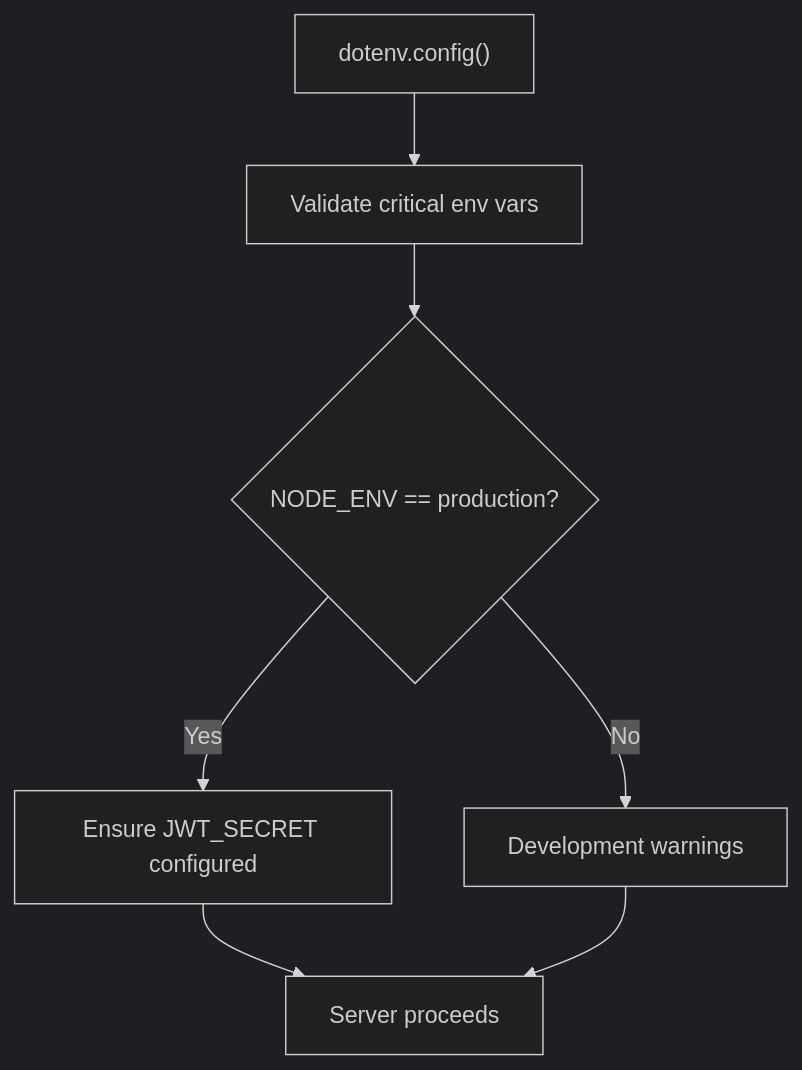
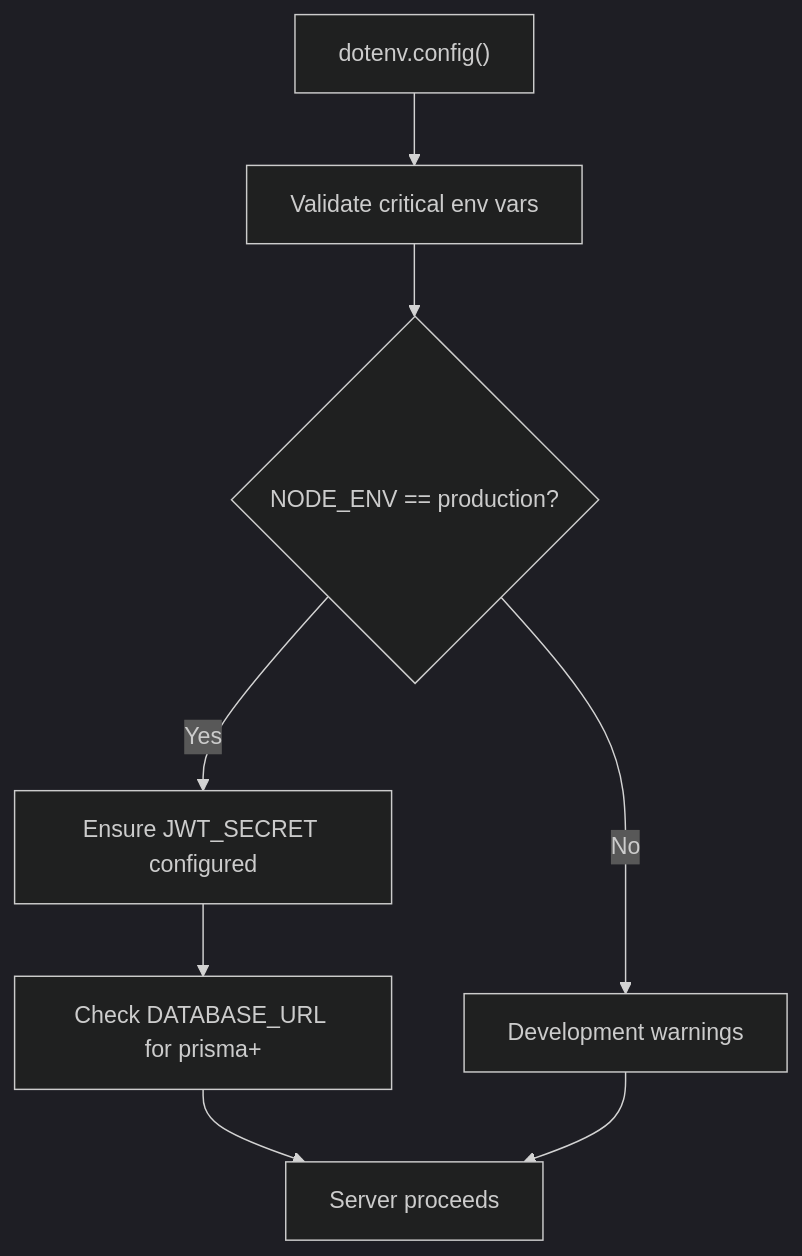
The eighth of 11 diagrams in .qoder/repowiki/en/content/Backend System/Backend Architecture.md (Dequeue-Tech/DeQ-Bite), drawn with Mermaid (dark theme) before and after one commit. The commit also changed other lines of this file and 25 other files, not shown here.

````diff
--- a/.qoder/repowiki/en/content/Backend System/Backend Architecture.md
+++ b/.qoder/repowiki/en/content/Backend System/Backend Architecture.md
@@ -353,9 +394,10 @@
 ```mermaid
 flowchart TD
 EnvLoad["dotenv.config()"] --> Validate["Validate critical env vars"]
 Validate --> ProdCheck{"NODE_ENV == production?"}
 ProdCheck --> |Yes| JWTCheck["Ensure JWT_SECRET configured"]
 ProdCheck --> |No| DevWarn["Development warnings"]
-JWTCheck --> Ready["Server proceeds"]
+JWTCheck --> AccelCheck["Check DATABASE_URL for prisma+"]
+AccelCheck --> Ready["Server proceeds"]
 DevWarn --> Ready
 ```
````
